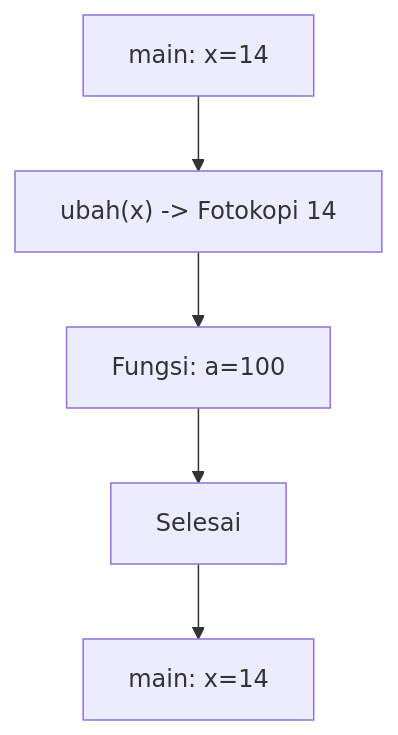
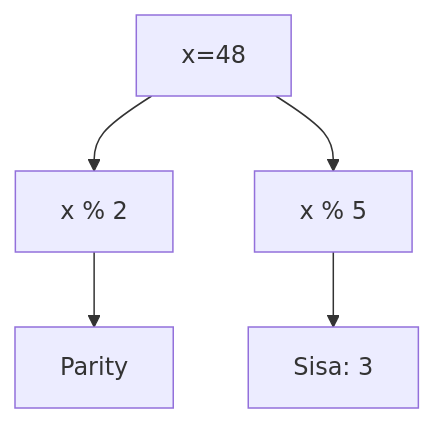
The ninth of 25 diagrams in part-c-pemahaman-cpp/04-fungsi/latihan/set-02.md (amnahwaida/OSNK_INF_PREP), drawn with Mermaid before and after one commit. The commit also changed other lines of this file and 71 other files, not shown here.

````diff
--- a/part-c-pemahaman-cpp/04-fungsi/latihan/set-02.md
+++ b/part-c-pemahaman-cpp/04-fungsi/latihan/set-02.md
@@ -331,7 +265,7 @@
 ```mermaid
 graph TD
-    A[main: x=14] --> B["ubah(x) -> Fotokopi 14"]
-    B --> C[Fungsi: a=100]
-    C --> D[Selesai]
-    D --> E[main: x=14]
+A[x=48] --> B[x % 2]
+B --> C[Parity]
+A --> D[x % 5]
+D --> E[Sisa: 3]
 ```
````
